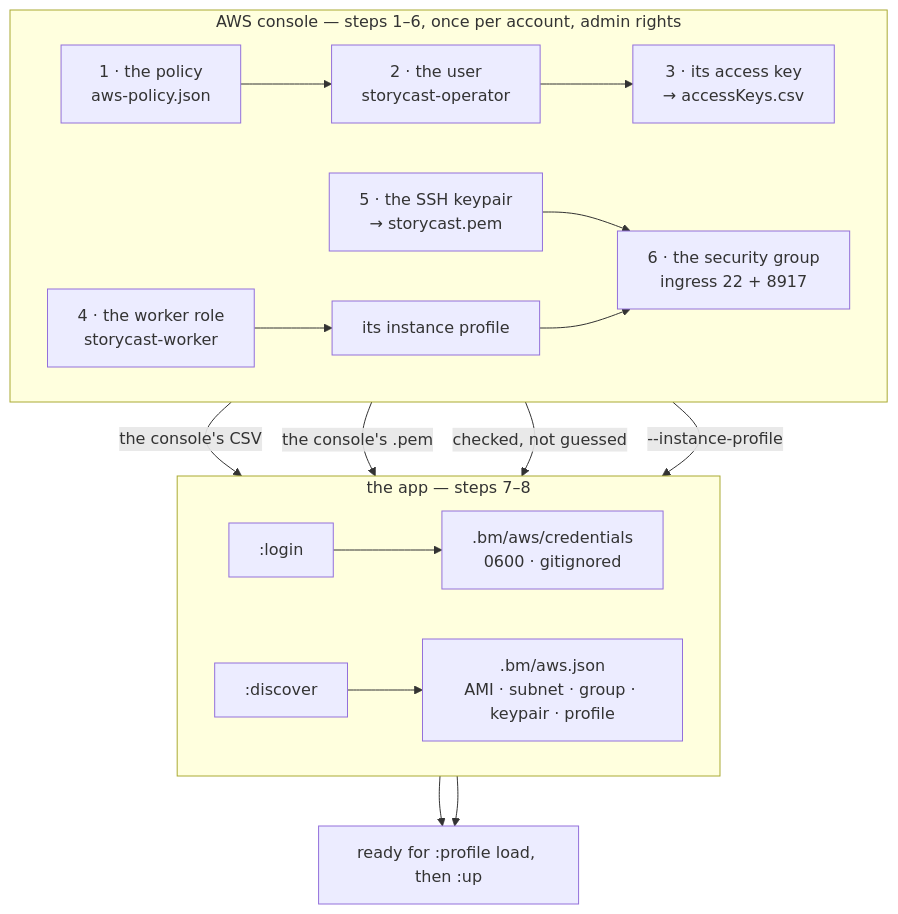
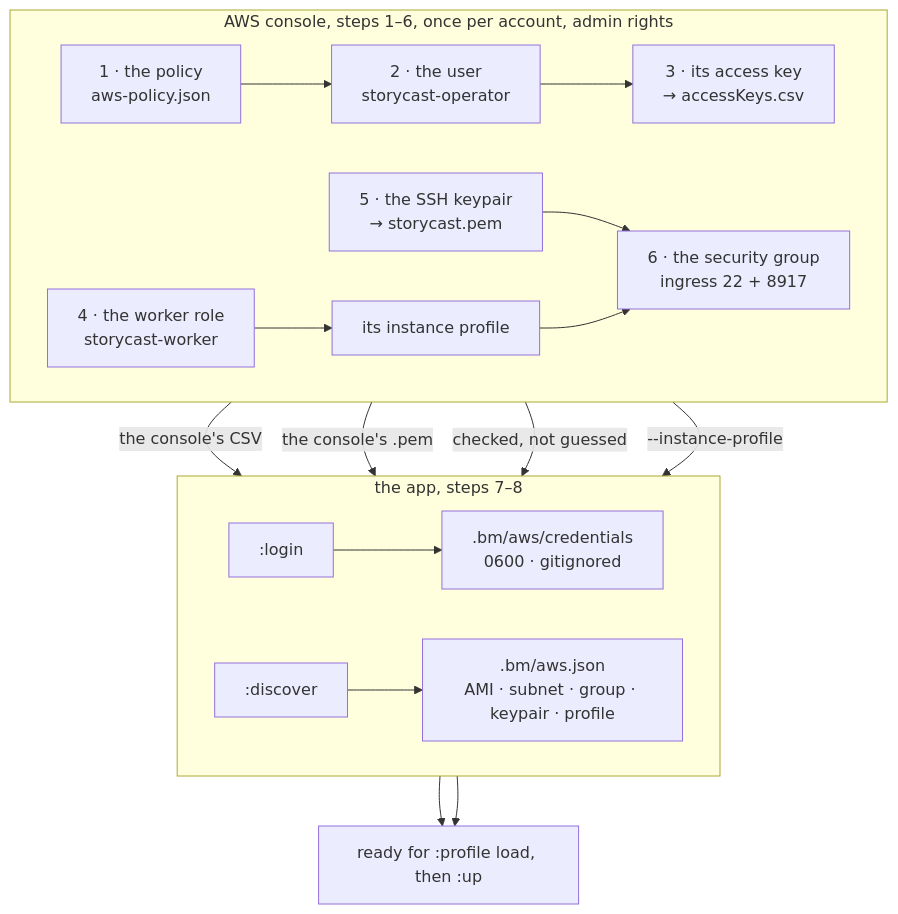
The diagram in docs/AWS-IAM-USER.md (lhuthng/storycast), drawn with Mermaid before and after one commit. The commit also changed other lines of this file and 8 other files, not shown here.

````diff
--- a/docs/AWS-IAM-USER.md
+++ b/docs/AWS-IAM-USER.md
@@ -13,22 +13,22 @@
 ```mermaid
 flowchart TB
-    subgraph console["AWS console — steps 1–6, once per account, admin rights"]
+    subgraph console["AWS console, steps 1–6, once per account, admin rights"]
         direction LR
         P["1 · the policy<br/>aws-policy.json"] --> U["2 · the user<br/>storycast-operator"]
         U --> K["3 · its access key<br/>→ accessKeys.csv"]
         R["4 · the worker role<br/>storycast-worker"] --> IP["its instance profile"]
         KP["5 · the SSH keypair<br/>→ storycast.pem"] --> SG["6 · the security group<br/>ingress 22 + 8917"]
         IP --> SG
     end
-    subgraph app["the app — steps 7–8"]
+    subgraph app["the app, steps 7–8"]
         direction LR
         L[":login"] --> CRED[".bm/aws/credentials<br/>0600 · gitignored"]
         D[":discover"] --> POOL[".bm/aws.json<br/>AMI · subnet · group · keypair · profile"]
     end
     K -->|"the console's CSV"| L
     KP -->|"the console's .pem"| D
     SG -->|"checked, not guessed"| D
     IP -->|"--instance-profile"| D
     CRED --> READY["ready for :profile load, then :up"]
     POOL --> READY
 ```
````
